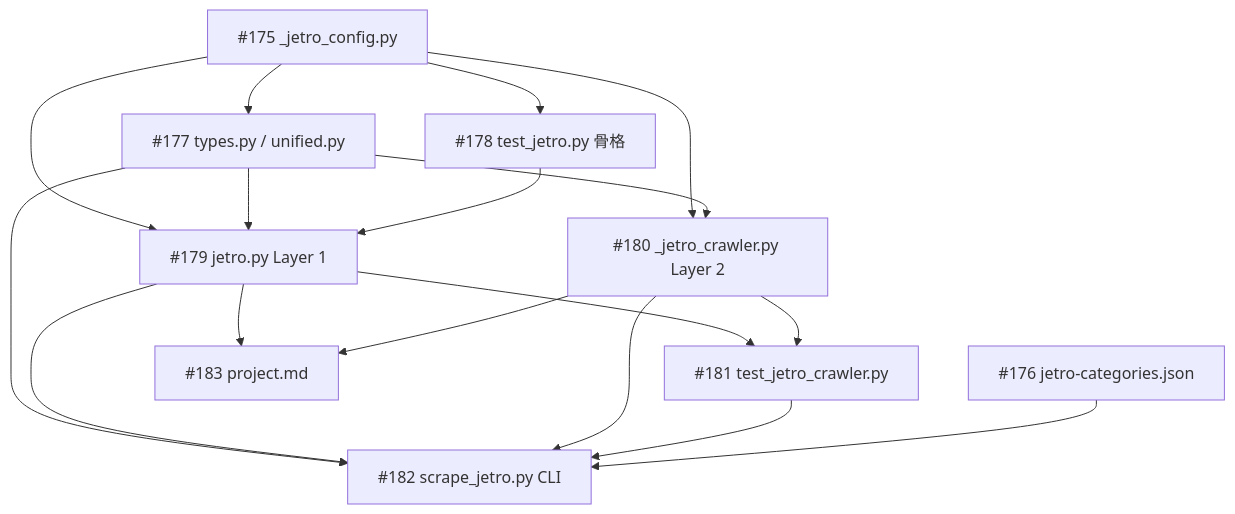
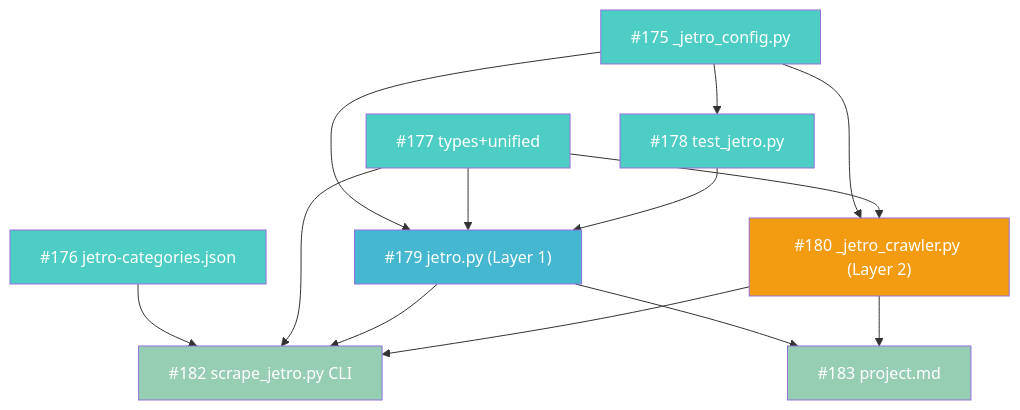
The diagram in docs/project/project-17/project.md (YH-05/note-finance), drawn with Mermaid before and after one commit. The commit also changed other lines of this file and 35 other files, not shown here.

First line of the commit message:
feat(news_scraper): JETRO スクレイパー全機能実装 (Project #17) (#197)

````diff
--- a/docs/project/project-17/project.md
+++ b/docs/project/project-17/project.md
@@ -160,29 +242,24 @@
 ```mermaid
 graph TD
-    I175["#175 _jetro_config.py"]
-    I176["#176 jetro-categories.json"]
-    I177["#177 types.py / unified.py"]
-    I178["#178 test_jetro.py 骨格"]
-    I179["#179 jetro.py Layer 1"]
-    I180["#180 _jetro_crawler.py Layer 2"]
-    I181["#181 test_jetro_crawler.py"]
-    I182["#182 scrape_jetro.py CLI"]
-    I183["#183 project.md"]
+    A["#175 _jetro_config.py"] --> D["#178 test_jetro.py"]
+    A --> E["#179 jetro.py (Layer 1)"]
+    A --> F["#180 _jetro_crawler.py (Layer 2)"]
+    B["#176 jetro-categories.json"] --> G["#182 scrape_jetro.py CLI"]
+    C["#177 types+unified"] --> E
+    C --> F
+    C --> G
+    D --> E
+    E --> G
+    F --> G
+    E --> H["#183 project.md"]
+    F --> H
 
-    I175 --> I177
-    I175 --> I178
-    I175 --> I179
-    I175 --> I180
-    I177 --> I179
-    I177 --> I180
-    I177 --> I182
-    I178 --> I179
-    I179 --> I181
-    I179 --> I182
-    I179 --> I183
-    I180 --> I181
-    I180 --> I182
-    I180 --> I183
-    I181 --> I182
-    I176 --> I182
+    style A fill:#4ecdc4,color:#fff
+    style B fill:#4ecdc4,color:#fff
+    style C fill:#4ecdc4,color:#fff
+    style D fill:#4ecdc4,color:#fff
+    style E fill:#45b7d1,color:#fff
+    style F fill:#f39c12,color:#fff
+    style G fill:#96ceb4,color:#fff
+    style H fill:#96ceb4,color:#fff
 ```
````
